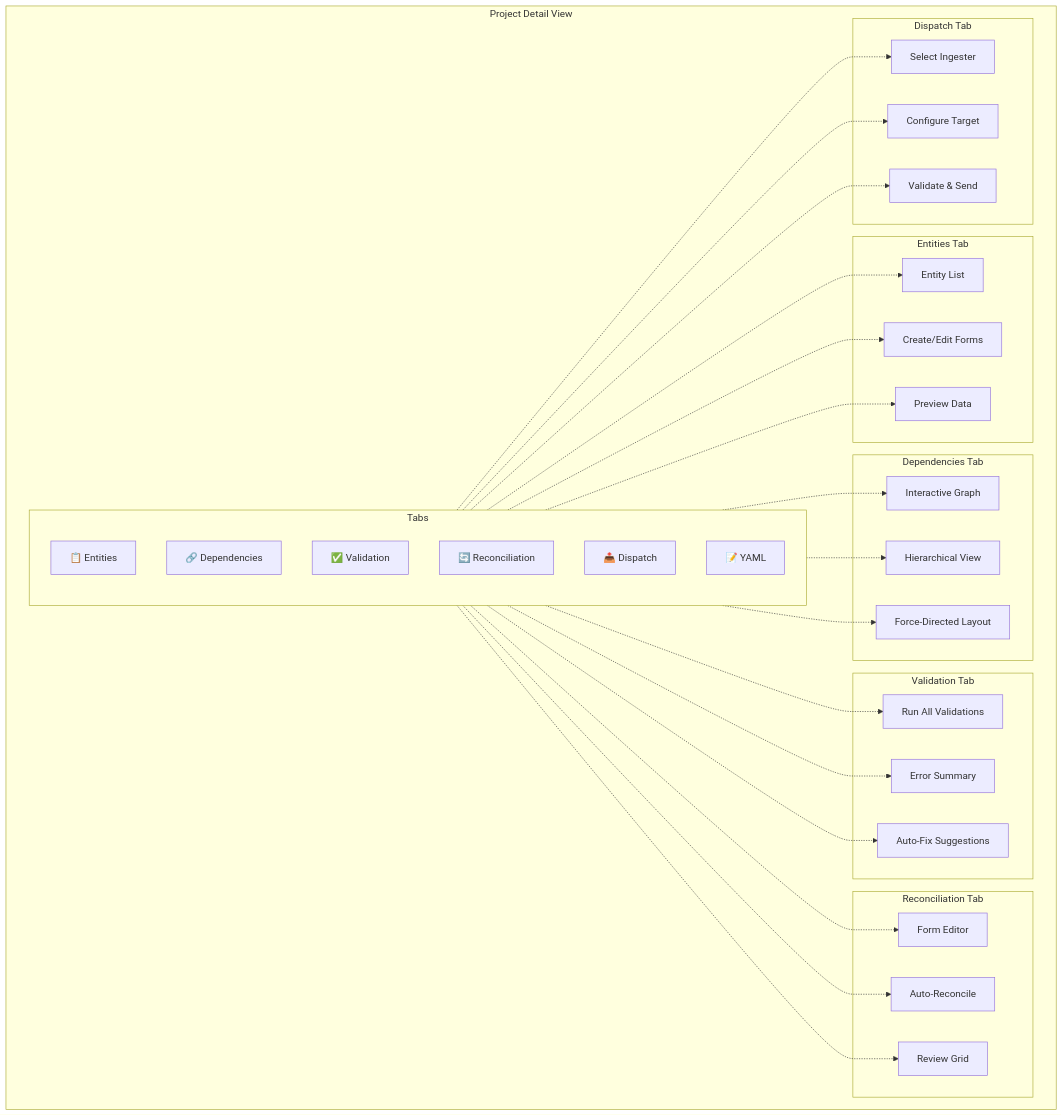
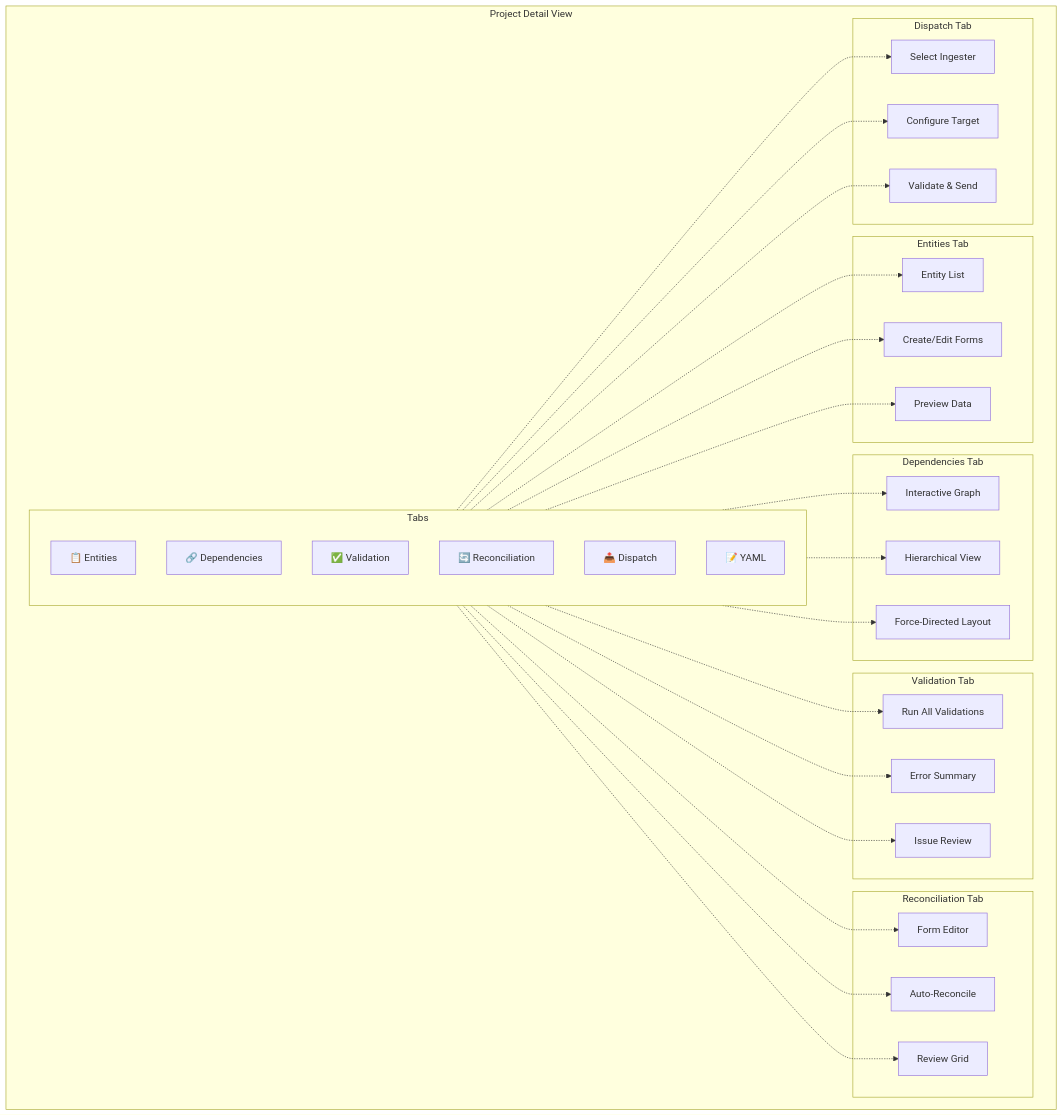
The fifth of 15 diagrams in docs/SYSTEM_DIAGRAMS.md (humlab-sead/sead_shape_shifter), drawn with Mermaid before and after one commit. The commit also changed other lines of this file and 11 other files, not shown here.

````diff
--- a/docs/SYSTEM_DIAGRAMS.md
+++ b/docs/SYSTEM_DIAGRAMS.md
@@ -236,52 +236,52 @@
 ```mermaid
 flowchart TB
     subgraph "Project Detail View"
         direction LR
         
         subgraph "Tabs"
             direction TB
             T1[📋 Entities]
             T2[🔗 Dependencies]
             T3[✅ Validation]
             T4[🔄 Reconciliation]
             T5[📤 Dispatch]
             T6[📝 YAML]
         end
         
         subgraph "Entities Tab"
             E1[Entity List]
             E2[Create/Edit Forms]
             E3[Preview Data]
         end
         
         subgraph "Dependencies Tab"
             D1[Interactive Graph]
             D2[Hierarchical View]
             D3[Force-Directed Layout]
         end
         
         subgraph "Validation Tab"
             V1[Run All Validations]
             V2[Error Summary]
-            V3[Auto-Fix Suggestions]
+            V3[Issue Review]
         end
         
         subgraph "Reconciliation Tab"
             R1[Form Editor]
             R2[Auto-Reconcile]
             R3[Review Grid]
         end
         
         subgraph "Dispatch Tab"
             DI1[Select Ingester]
             DI2[Configure Target]
             DI3[Validate & Send]
         end
         
         T1 -.-> E1 & E2 & E3
         T2 -.-> D1 & D2 & D3
         T3 -.-> V1 & V2 & V3
         T4 -.-> R1 & R2 & R3
         T5 -.-> DI1 & DI2 & DI3
     end
 ```
````
